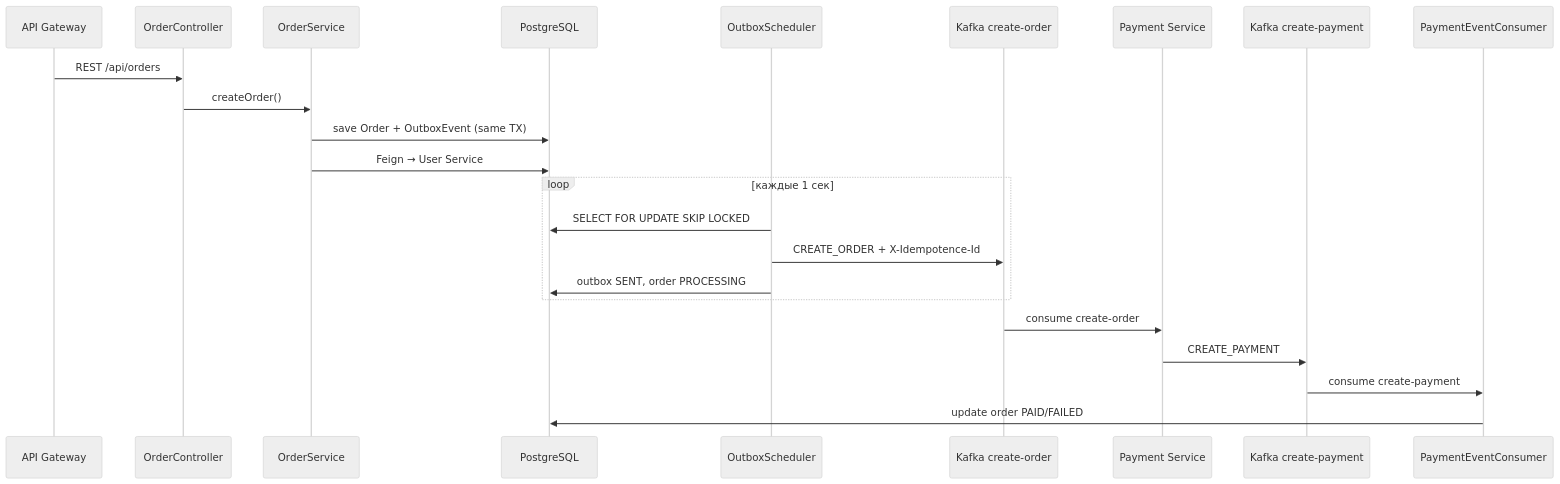
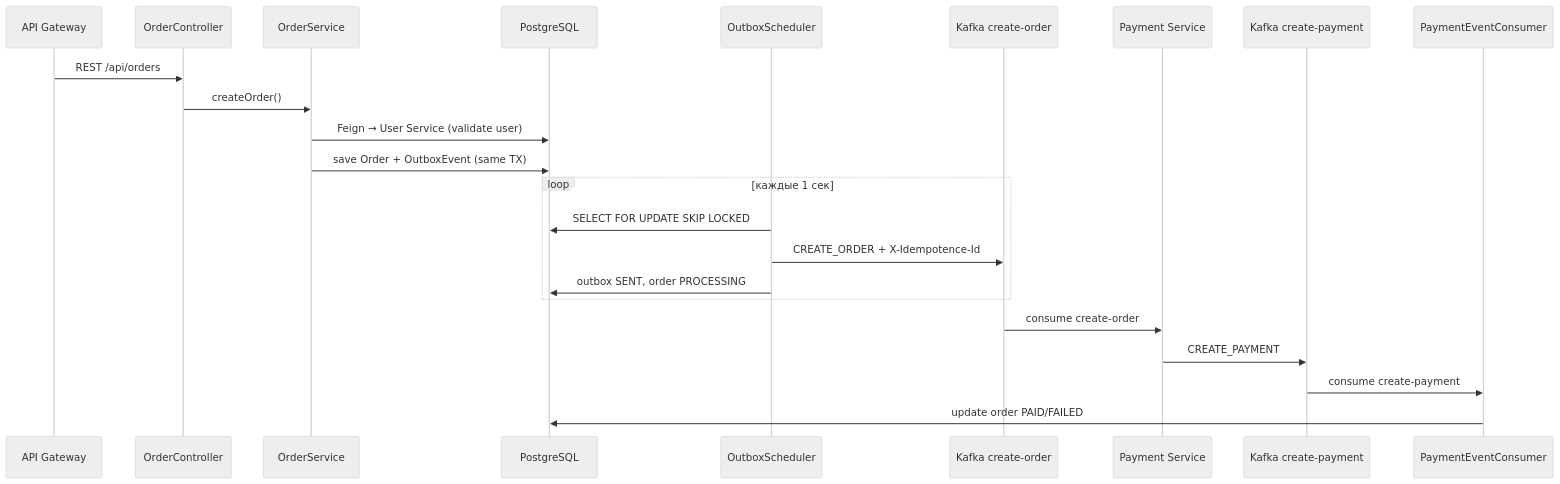
The first of 2 diagrams in README.md (juliakaiko/orderservice), drawn with Mermaid (neutral theme) before and after one commit. The commit also changed other lines of this file and 28 other files, not shown here.

````diff
--- a/README.md
+++ b/README.md
@@ -43,28 +43,28 @@
 ```mermaid
 sequenceDiagram
     participant GW as API Gateway
     participant OC as OrderController
     participant OS as OrderService
     participant PG as PostgreSQL
     participant OB as OutboxScheduler
     participant K1 as Kafka create-order
     participant PS as Payment Service
     participant K2 as Kafka create-payment
     participant PC as PaymentEventConsumer
 
     GW->>OC: REST /api/orders
     OC->>OS: createOrder()
+    OS->>PG: Feign → User Service (validate user)
     OS->>PG: save Order + OutboxEvent (same TX)
-    OS->>PG: Feign → User Service
 
     loop каждые 1 сек
         OB->>PG: SELECT FOR UPDATE SKIP LOCKED
         OB->>K1: CREATE_ORDER + X-Idempotence-Id
         OB->>PG: outbox SENT, order PROCESSING
     end
 
     K1->>PS: consume create-order
     PS->>K2: CREATE_PAYMENT
     K2->>PC: consume create-payment
     PC->>PG: update order PAID/FAILED
 ```
````
